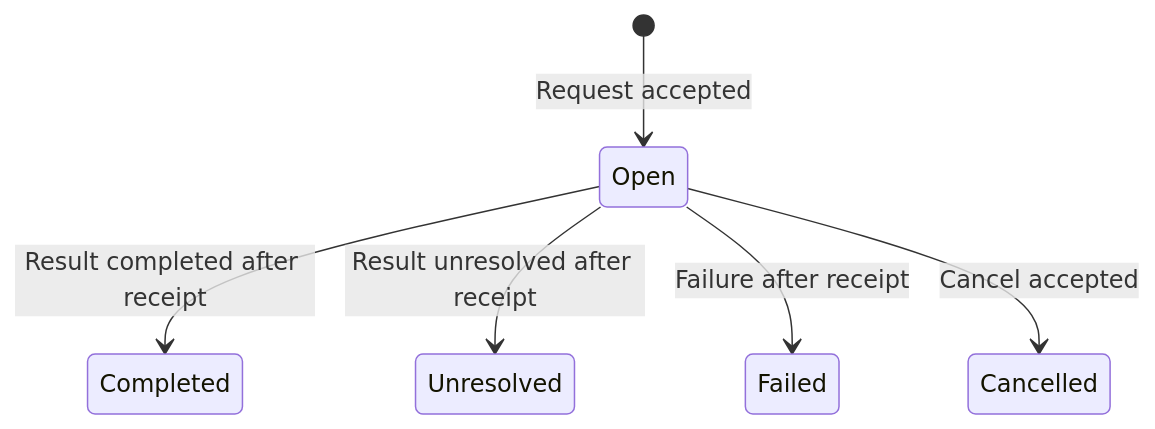
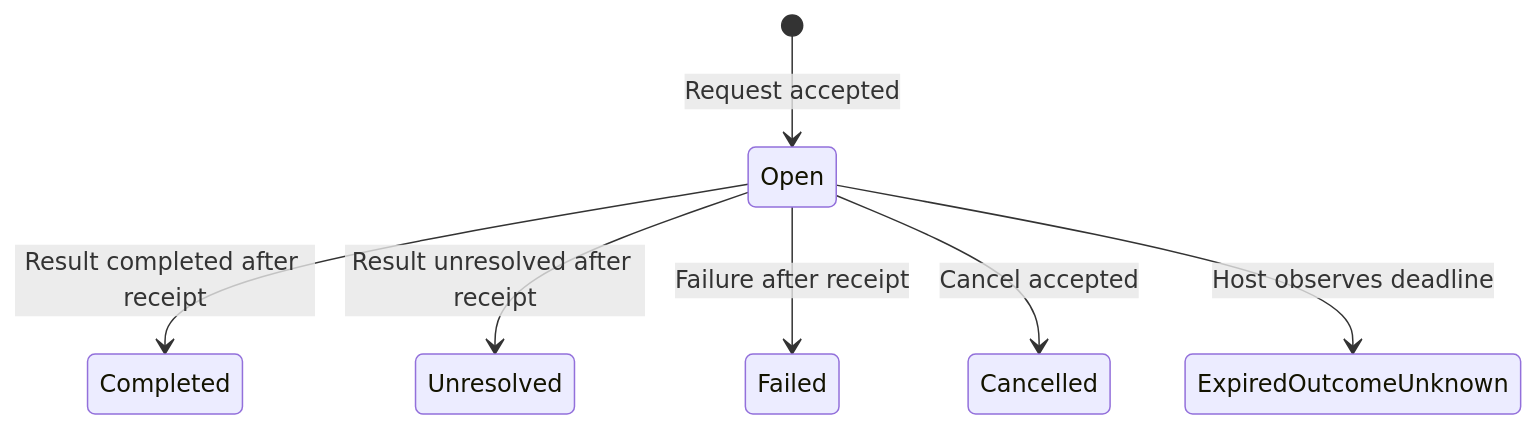
One commit to emmett08/mas changed the diagram in docs/design.md. Above: the diagram before and after it, drawn with Mermaid. The commit also changed other lines of this file and 35 other files, not shown here.

````diff
--- a/docs/design.md
+++ b/docs/design.md
@@ -63,8 +65,9 @@
 ```mermaid
 stateDiagram-v2
     [*] --> Open: Request accepted
     Open --> Completed: Result completed after receipt
     Open --> Unresolved: Result unresolved after receipt
     Open --> Failed: Failure after receipt
     Open --> Cancelled: Cancel accepted
+    Open --> ExpiredOutcomeUnknown: Host observes deadline
 ```
````
